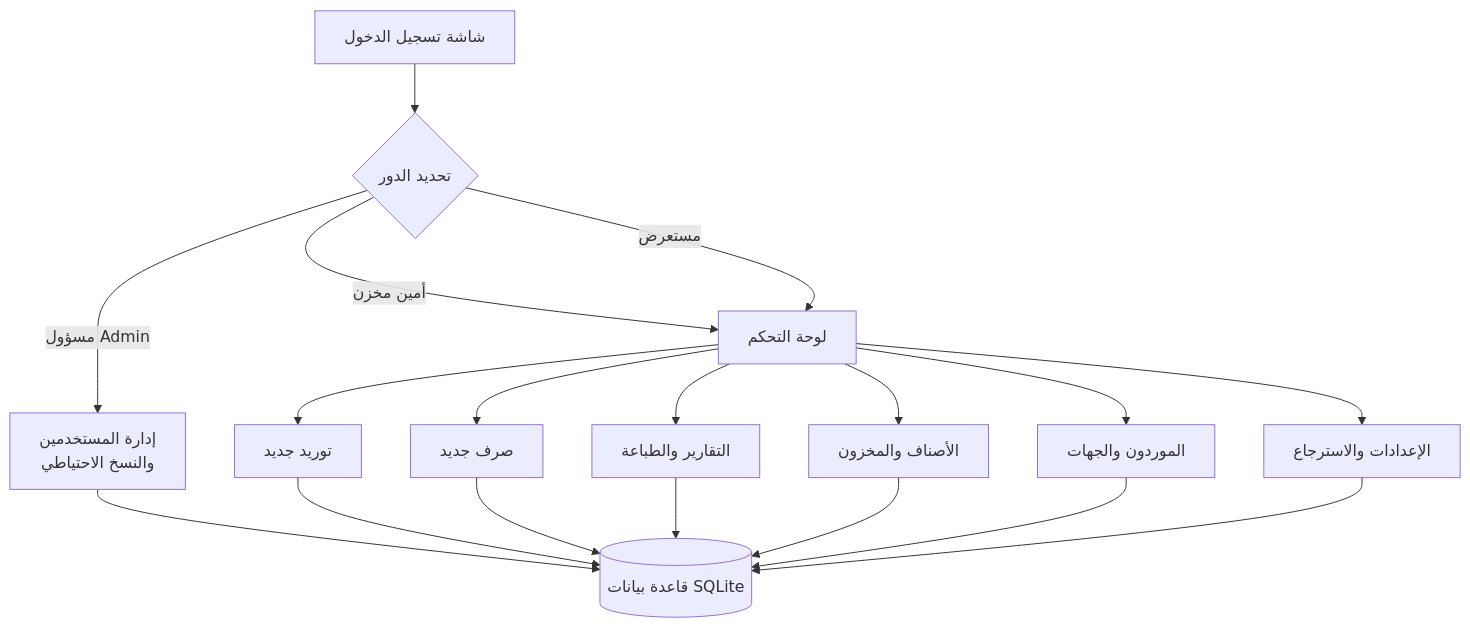
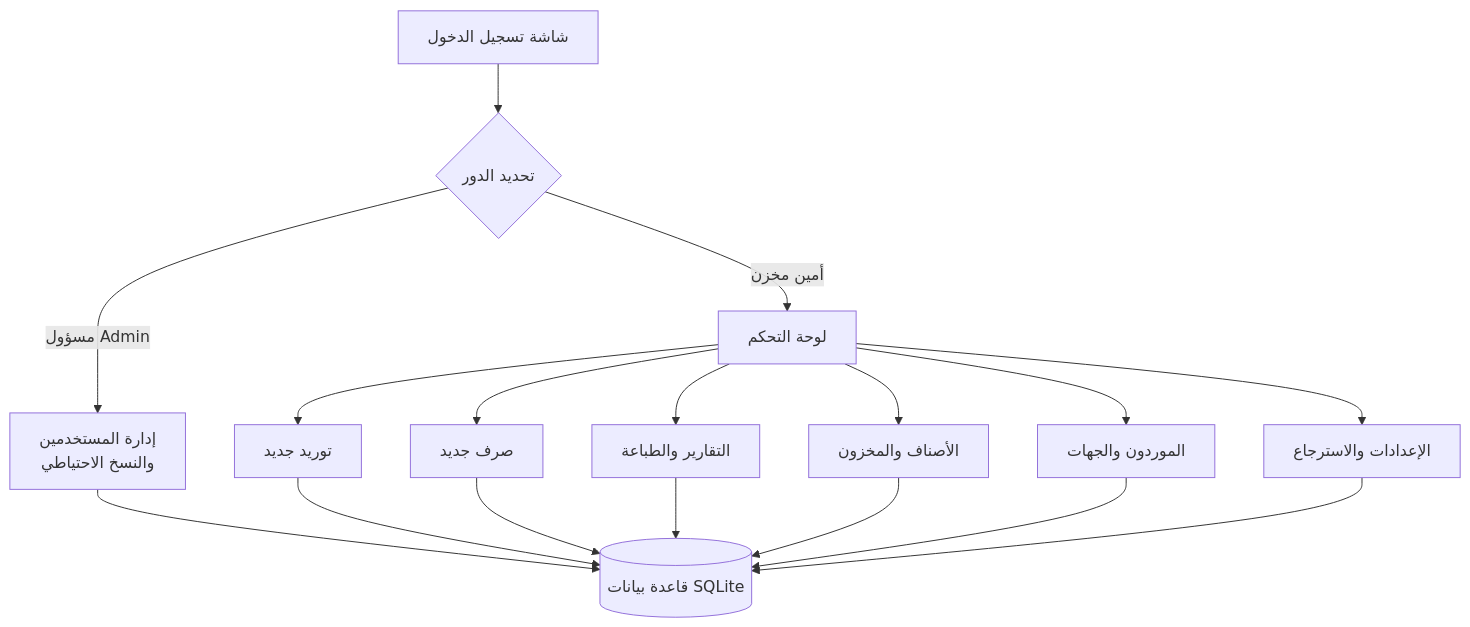
One commit to Cit2024/Warehouse-Management-System changed the diagram in README.md. Above: the diagram before and after it, drawn with Mermaid. The commit also changed other lines of this file, not shown here.

````diff
--- a/README.md
+++ b/README.md
@@ -14,20 +14,19 @@
 ```mermaid
 flowchart TD
     A[شاشة تسجيل الدخول] --> B{تحديد الدور}
     B -->|مسؤول Admin| C[إدارة المستخدمين<br/>والنسخ الاحتياطي]
     B -->|أمين مخزن| D[لوحة التحكم]
-    B -->|مستعرض| D
     D --> E[توريد جديد]
     D --> F[صرف جديد]
     D --> G[التقارير والطباعة]
     D --> H[الأصناف والمخزون]
     D --> I[الموردون والجهات]
     D --> J[الإعدادات والاسترجاع]
     E --> K[(قاعدة بيانات SQLite)]
     F --> K
     G --> K
     H --> K
     I --> K
     C --> K
     J --> K
 ```
````
